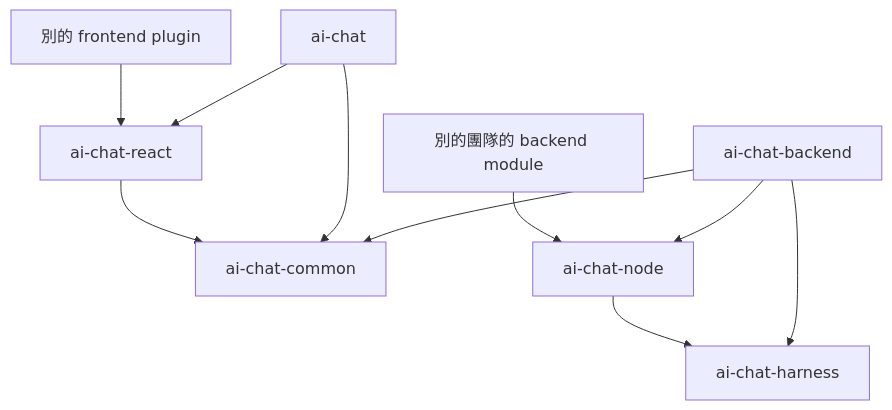
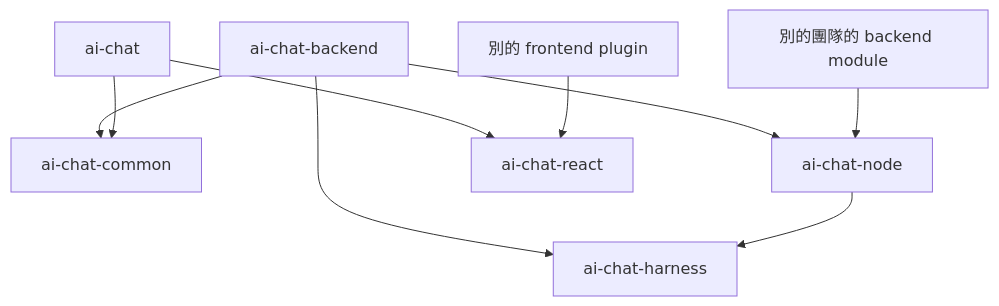
One commit to kwkevinchan/backstage-plugin-ai-chat changed the second of 2 diagrams in docs/design/architecture.zh-TW.md. Above: the diagram before and after it, drawn with Mermaid. The commit also changed other lines of this file and 47 other files, not shown here.

````diff
--- a/docs/design/architecture.zh-TW.md
+++ b/docs/design/architecture.zh-TW.md
@@ -81,12 +81,11 @@
 ```mermaid
 flowchart TD
   backend["ai-chat-backend"] --> harness["ai-chat-harness"]
   backend --> common["ai-chat-common"]
   node["ai-chat-node"] --> harness
   backend --> node
   frontend["ai-chat"] --> common
   frontend --> react["ai-chat-react"]
-  react --> common
   othermod["別的團隊的 backend module"] --> node
   otherfe["別的 frontend plugin"] --> react
 ```
````
